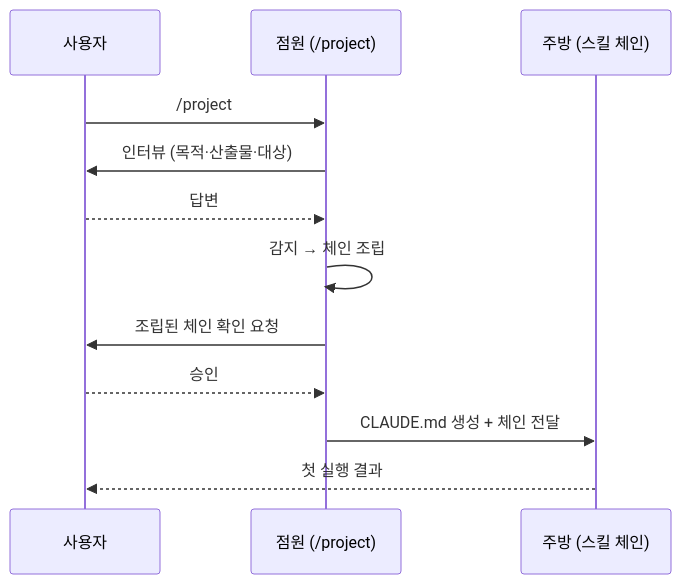
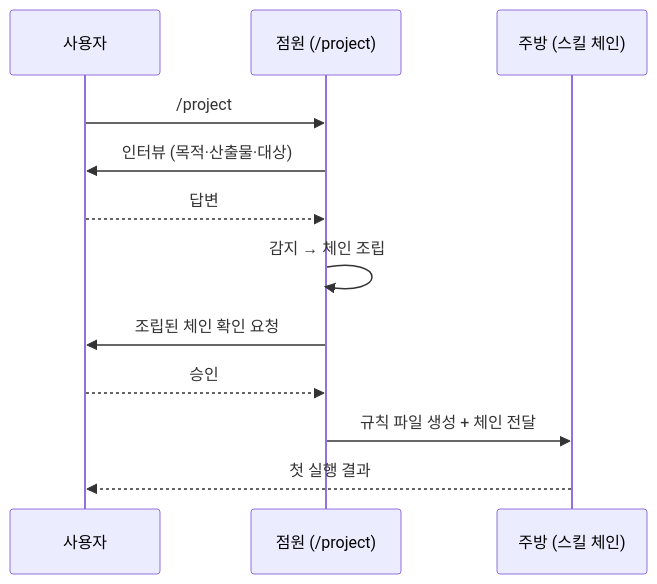
One commit to modu-ai/cowork-plugins changed the fourth of 5 diagrams in www/content/getting-started/quick-start.md. Above: the diagram before and after it, drawn with Mermaid. The commit also changed other lines of this file and 73 other files, not shown here.

````diff
--- a/www/content/getting-started/quick-start.md
+++ b/www/content/getting-started/quick-start.md
@@ -122,15 +138,15 @@
 ```mermaid
 sequenceDiagram
    participant U as 사용자
    participant W as 점원 (/project)
    participant K as 주방 (스킬 체인)
 
    U->>W: /project
    W->>U: 인터뷰 (목적·산출물·대상)
    U-->>W: 답변
    W->>W: 감지 → 체인 조립
    W->>U: 조립된 체인 확인 요청
    U-->>W: 승인
-   W->>K: CLAUDE.md 생성 + 체인 전달
+   W->>K: 규칙 파일 생성 + 체인 전달
    K-->>U: 첫 실행 결과
 ```
````
